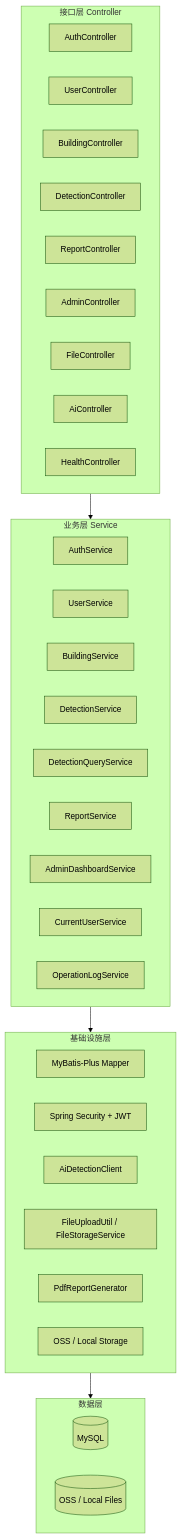
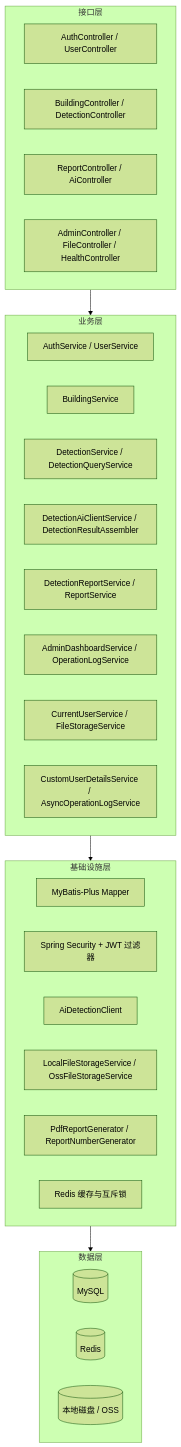
The fourth of 5 diagrams in 危房智诊系统架构图.md (DzDenzel/dangerHouseSystem), drawn with Mermaid (forest theme) before and after one commit. The commit also changed other lines of this file and 55 other files, not shown here.

````diff
--- a/危房智诊系统架构图.md
+++ b/危房智诊系统架构图.md
@@ -147,44 +140,37 @@
 ```mermaid
 flowchart TB
-    subgraph Presentation["接口层 Controller"]
-        C1["AuthController"]
-        C2["UserController"]
-        C3["BuildingController"]
-        C4["DetectionController"]
-        C5["ReportController"]
-        C6["AdminController"]
-        C7["FileController"]
-        C8["AiController"]
-        C9["HealthController"]
+    subgraph Controller["接口层"]
+        C1["AuthController / UserController"]
+        C2["BuildingController / DetectionController"]
+        C3["ReportController / AiController"]
+        C4["AdminController / FileController / HealthController"]
     end
 
-    subgraph Application["业务层 Service"]
-        S1["AuthService"]
-        S2["UserService"]
-        S3["BuildingService"]
-        S4["DetectionService"]
-        S5["DetectionQueryService"]
-        S6["ReportService"]
-        S7["AdminDashboardService"]
-        S8["CurrentUserService"]
-        S9["OperationLogService"]
+    subgraph Service["业务层"]
+        S1["AuthService / UserService"]
+        S2["BuildingService"]
+        S3["DetectionService / DetectionQueryService"]
+        S4["DetectionAiClientService / DetectionResultAssembler"]
+        S5["DetectionReportService / ReportService"]
+        S6["AdminDashboardService / OperationLogService"]
+        S7["CurrentUserService / FileStorageService"]
+        S8["CustomUserDetailsService / AsyncOperationLogService"]
     end
 
-    subgraph Infrastructure["基础设施层"]
+    subgraph Infra["基础设施层"]
         I1["MyBatis-Plus Mapper"]
-        I2["Spring Security + JWT"]
+        I2["Spring Security + JWT 过滤器"]
         I3["AiDetectionClient"]
-        I4["FileUploadUtil / FileStorageService"]
-        I5["PdfReportGenerator"]
-        I6["OSS / Local Storage"]
+        I4["LocalFileStorageService / OssFileStorageService"]
+        I5["PdfReportGenerator / ReportNumberGenerator"]
+        I6["Redis 缓存与互斥锁"]
     end
 
     subgraph Data["数据层"]
         D1[("MySQL")]
-        D2[("OSS / Local Files")]
+        D2[("Redis")]
+        D3[("本地磁盘 / OSS")]
     end
 
-    Presentation --> Application
-    Application --> Infrastructure
-    Infrastructure --> Data
+    Controller --> Service --> Infra --> Data
 ```
````
